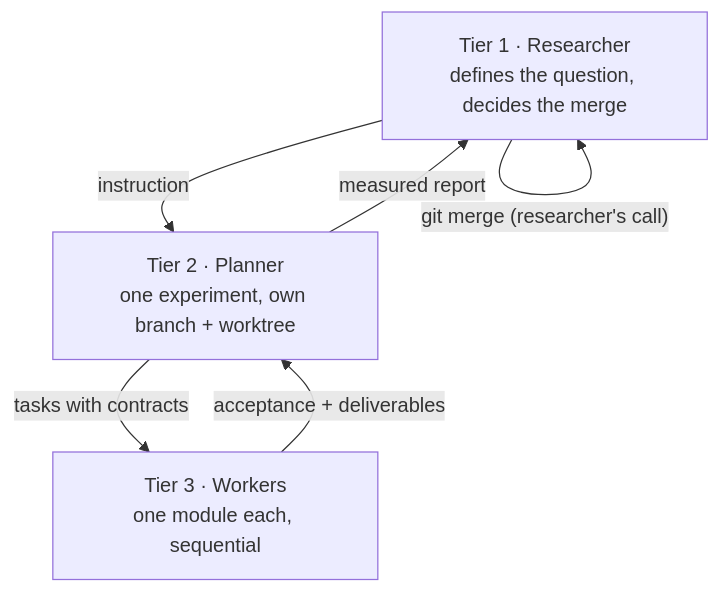
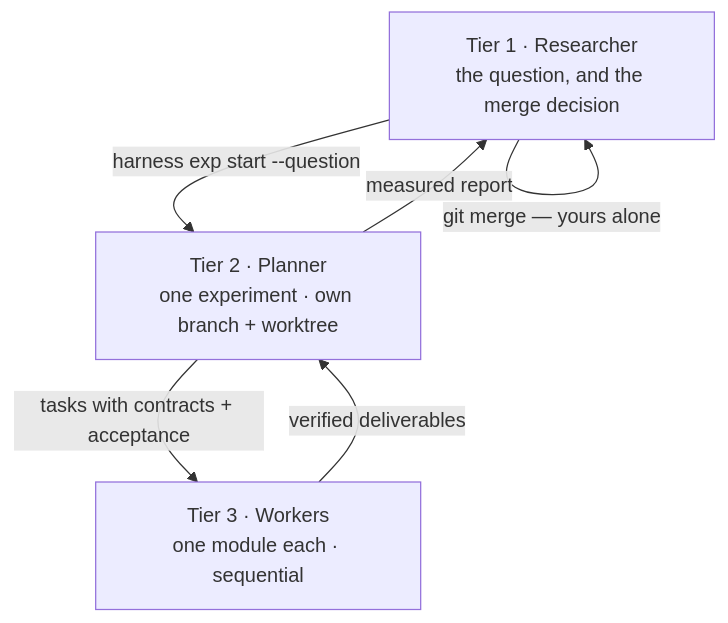
One commit to teasol/harness-template changed the first of 3 diagrams in README.md. Above: the diagram before and after it, drawn with Mermaid. The commit also changed other lines of this file, not shown here.

````diff
--- a/README.md
+++ b/README.md
@@ -241,11 +206,11 @@
 ```mermaid
 flowchart TD
-    R["Tier 1 · Researcher<br/>defines the question, decides the merge"]
-    P["Tier 2 · Planner<br/>one experiment, own branch + worktree"]
-    W["Tier 3 · Workers<br/>one module each, sequential"]
-    R -->|"instruction"| P
-    P -->|"tasks with contracts"| W
-    W -->|"acceptance + deliverables"| P
+    R["Tier 1 · Researcher<br/>the question, and the merge decision"]
+    P["Tier 2 · Planner<br/>one experiment · own branch + worktree"]
+    W["Tier 3 · Workers<br/>one module each · sequential"]
+    R -->|"harness exp start --question"| P
+    P -->|"tasks with contracts + acceptance"| W
+    W -->|"verified deliverables"| P
     P -->|"measured report"| R
-    R -->|"git merge (researcher's call)"| R
+    R -->|"git merge — yours alone"| R
 ```
````
